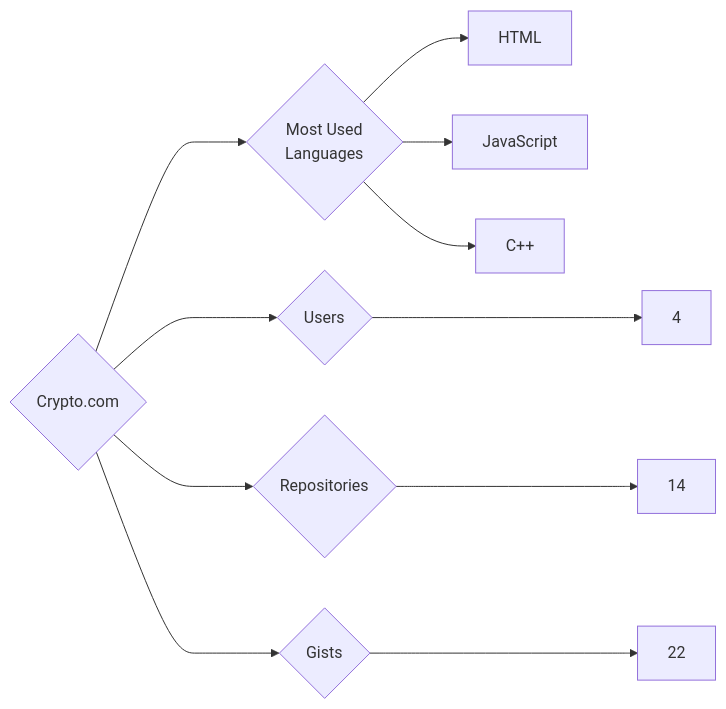
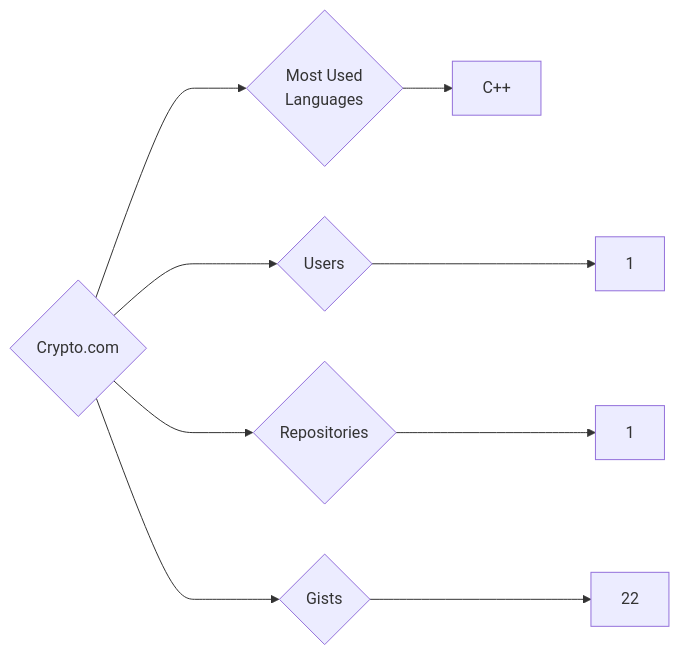
One commit to trickest/insiders changed the diagram in targets/Crypto.com/README.md. Above: the diagram before and after it, drawn with Mermaid. The commit also changed 718 other files, not shown here.

````diff
--- a/targets/Crypto.com/README.md
+++ b/targets/Crypto.com/README.md
@@ -3,11 +3,9 @@
 ```mermaid
 graph LR
 COMPANY_NAME{Crypto.com}
-COMPANY_NAME ---> U{Users} ---> UN[4]
-COMPANY_NAME ---> R{Repositories} ---> RN[14]
+COMPANY_NAME ---> U{Users} ---> UN[1]
+COMPANY_NAME ---> R{Repositories} ---> RN[1]
 COMPANY_NAME ---> G{Gists} ---> GN[22]
 COMPANY_NAME ---> ML{Most Used<br>Languages}
-ML --> HTML[HTML]
-ML --> JavaScript[JavaScript]
 ML --> C++[C++]
 ```
````
